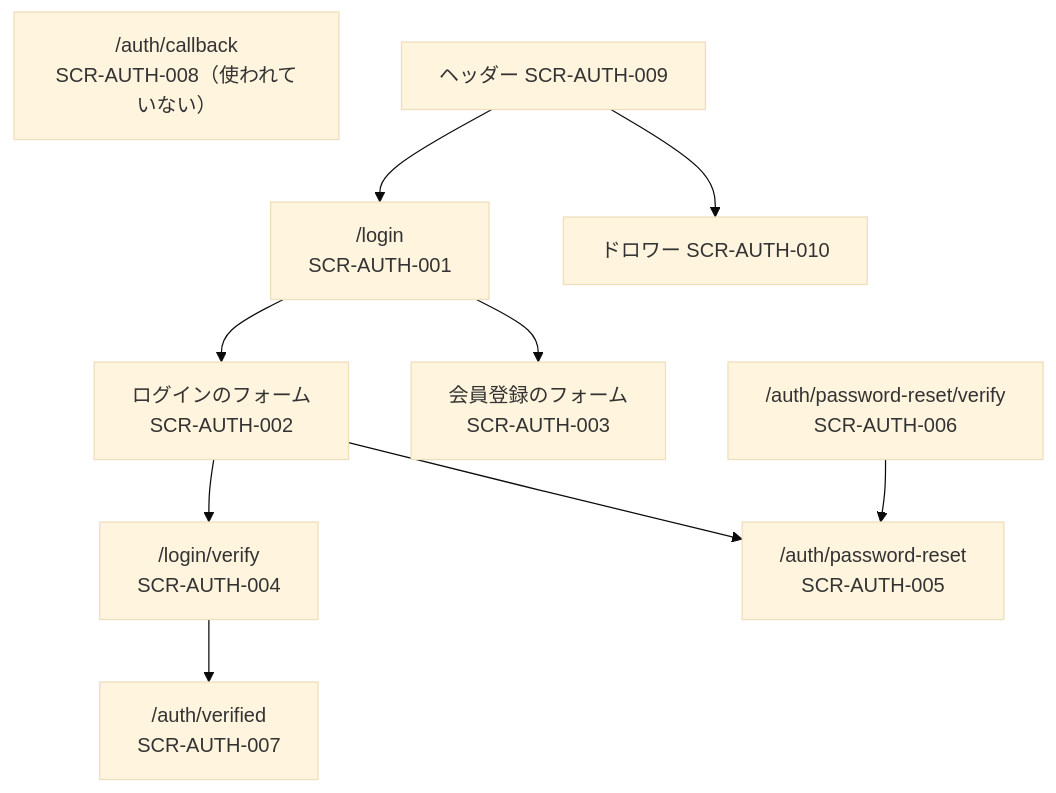
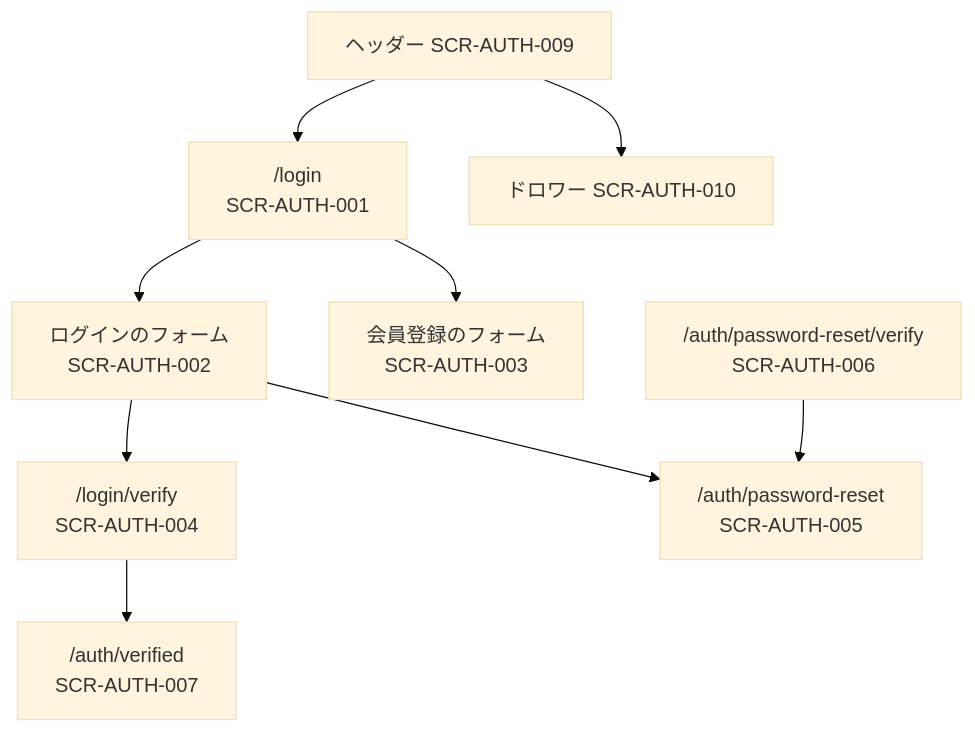
The seventh of 17 diagrams in docs/03_BasicDesign/areas/auth.md (ChocoWork/o_official), drawn with Mermaid (base theme) before and after one commit. The commit also changed other lines of this file and 112 other files, not shown here.

First line of the commit message:
feat(auth): ログインの後の戻り先をサーバーに控え、外のサイトへ飛ばす穴を塞ぎ、使っていない /auth/callback の画面を消す（波1-A）

````diff
--- a/docs/03_BasicDesign/areas/auth.md
+++ b/docs/03_BasicDesign/areas/auth.md
@@ -280,12 +311,11 @@
 ```mermaid
 graph TD
   LG["/login<br/>SCR-AUTH-001"] --> LF["ログインのフォーム<br/>SCR-AUTH-002"]
   LG --> RF["会員登録のフォーム<br/>SCR-AUTH-003"]
   LF --> VF["/login/verify<br/>SCR-AUTH-004"]
   LF --> PR["/auth/password-reset<br/>SCR-AUTH-005"]
   PV["/auth/password-reset/verify<br/>SCR-AUTH-006"] --> PR
   VF --> AV["/auth/verified<br/>SCR-AUTH-007"]
-  CB["/auth/callback<br/>SCR-AUTH-008（使われていない）"]
   HD["ヘッダー SCR-AUTH-009"] --> DR["ドロワー SCR-AUTH-010"]
   HD --> LG
 ```
````
